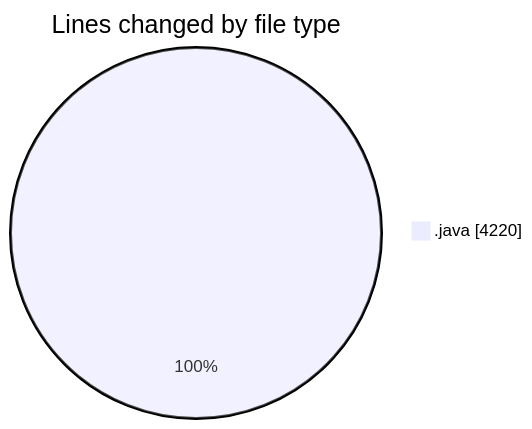
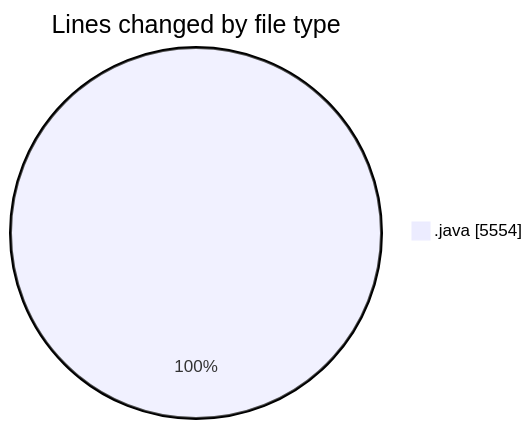
One commit to ricardozamudiocil/code-tracking changed the first of 2 diagrams in 2026-04-14/cilapp/README.md. Above: the diagram before and after it, drawn with Mermaid. The commit also changed other lines of this file and 1 other file, not shown here.

````diff
--- a/2026-04-14/cilapp/README.md
+++ b/2026-04-14/cilapp/README.md
@@ -29,5 +30,5 @@
 ```mermaid
 pie showData
 title Lines changed by file type
-".java" : 4220
+".java" : 5554
 ```
````
